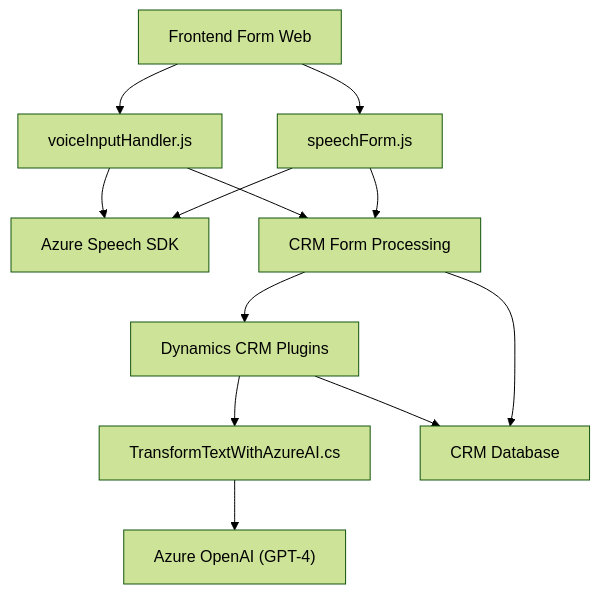
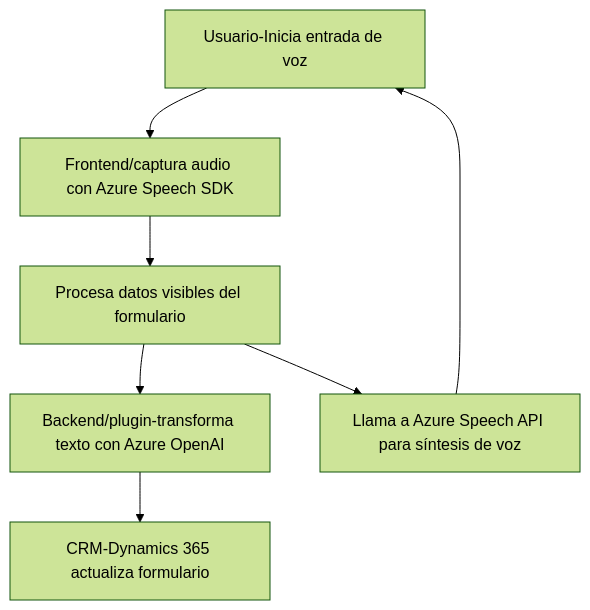
One commit to blopezdm/NETCORE_BILBAO2025 changed the diagram in README.md. Above: the diagram before and after it, drawn with Mermaid (forest theme). The commit also changed other lines of this file, not shown here.

Commit message:
Actualizar análisis global de la solución con IA

````diff
--- a/README.md
+++ b/README.md
@@ -34,24 +45,16 @@
 ```mermaid
 graph TD
-    A["Frontend Form Web"]
-    B["voiceInputHandler.js"]
-    C["speechForm.js"]
-    D["Azure Speech SDK"]
-    E["CRM Form Processing"]
-    F["Dynamics CRM Plugins"]
-    G["TransformTextWithAzureAI.cs"]
-    H["Azure OpenAI (GPT-4)"]
-    I["CRM Database"]
+    A["Usuario-Inicia entrada de voz"]
+    B["Frontend/captura audio con Azure Speech SDK"]
+    C["Procesa datos visibles del formulario"]
+    D["Backend/plugin-transforma texto con Azure OpenAI"]
+    E["CRM-Dynamics 365 actualiza formulario"]
+    F["Llama a Azure Speech API para síntesis de voz"]
 
     A --> B
-    B --> D
-    B --> E
-    A --> C
+    B --> C
+    C --> F
     C --> D
-    C --> E
-    E --> F
-    F --> G
-    G --> H
-    F --> I
-    E --> I
+    D --> E
+    F --> A
 ```
````
